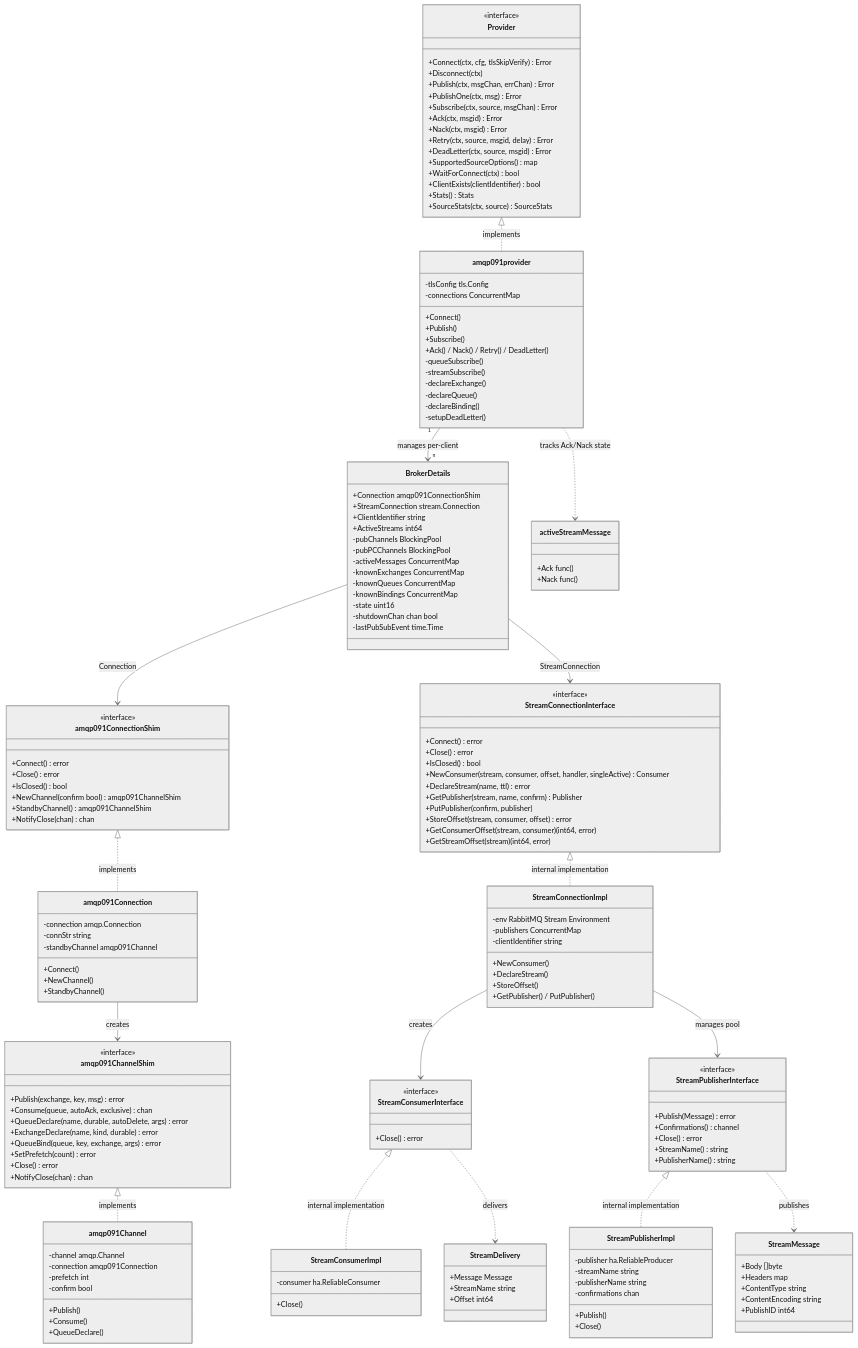
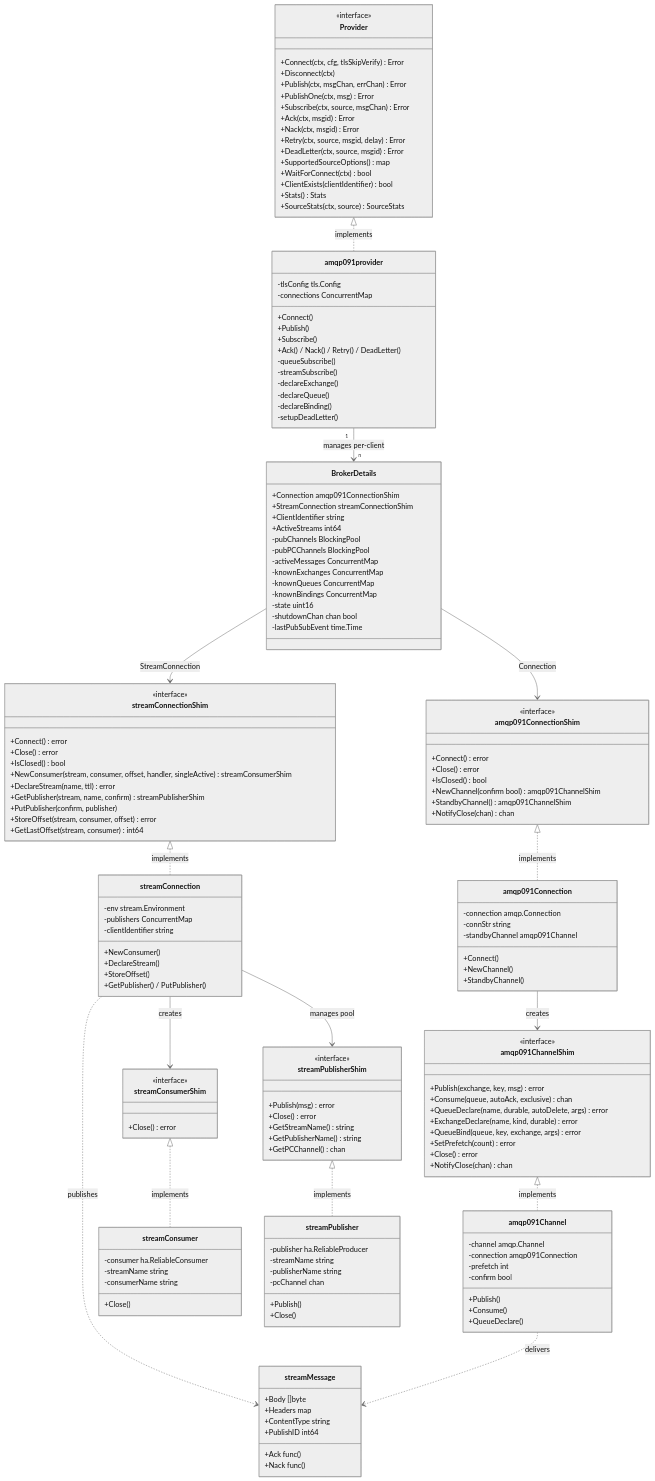
Before and after one commit to sassoftware/arke: the seventh of 7 diagrams in doc/design/architecture-c4.md, drawn with Mermaid (neutral theme). The commit also changed other lines of this file and 1 other file, not shown here.

Commit message:
docs: revert stream architecture docs

````diff
--- a/doc/design/architecture-c4.md
+++ b/doc/design/architecture-c4.md
@@ -337,7 +336,7 @@
 
     class BrokerDetails {
         +Connection amqp091ConnectionShim
-        +StreamConnection stream.Connection
+        +StreamConnection streamConnectionShim
         +ClientIdentifier string
         +ActiveStreams int64
         -pubChannels BlockingPool
@@ -392,22 +391,21 @@
         +QueueDeclare()
     }
 
-    class StreamConnectionInterface {
+    class streamConnectionShim {
         <<interface>>
         +Connect() error
         +Close() error
         +IsClosed() bool
-        +NewConsumer(stream, consumer, offset, handler, singleActive) Consumer
+        +NewConsumer(stream, consumer, offset, handler, singleActive) streamConsumerShim
         +DeclareStream(name, ttl) error
-        +GetPublisher(stream, name, confirm) Publisher
+        +GetPublisher(stream, name, confirm) streamPublisherShim
         +PutPublisher(confirm, publisher)
         +StoreOffset(stream, consumer, offset) error
-        +GetConsumerOffset(stream, consumer) (int64, error)
-        +GetStreamOffset(stream) (int64, error)
+        +GetLastOffset(stream, consumer) int64
     }
 
-    class StreamConnectionImpl {
-        -env RabbitMQ Stream Environment
+    class streamConnection {
+        -env stream.Environment
         -publishers ConcurrentMap
         -clientIdentifier string
         +NewConsumer()
@@ -416,69 +414,61 @@
         +GetPublisher() / PutPublisher()
     }
 
-    class StreamConsumerInterface {
+    class streamConsumerShim {
         <<interface>>
         +Close() error
     }
 
-    class StreamConsumerImpl {
+    class streamConsumer {
         -consumer ha.ReliableConsumer
+        -streamName string
+        -consumerName string
         +Close()
     }
 
-    class StreamPublisherInterface {
+    class streamPublisherShim {
         <<interface>>
-        +Publish(Message) error
-        +Confirmations() channel
+        +Publish(msg) error
         +Close() error
-        +StreamName() string
-        +PublisherName() string
+        +GetStreamName() string
+        +GetPublisherName() string
+        +GetPCChannel() chan
     }
 
-    class StreamPublisherImpl {
+    class streamPublisher {
         -publisher ha.ReliableProducer
         -streamName string
         -publisherName string
-        -confirmations chan
+        -pcChannel chan
         +Publish()
         +Close()
     }
 
-    class StreamMessage {
+    class streamMessage {
         +Body []byte
         +Headers map
         +ContentType string
-        +ContentEncoding string
-        +PublishID int64
-    }
-
-    class StreamDelivery {
-        +Message Message
-        +StreamName string
-        +Offset int64
-    }
-
-    class activeStreamMessage {
         +Ack func()
         +Nack func()
+        +PublishID int64
     }
 
     Provider <|.. amqp091provider : implements
     amqp091provider "1" --> "n" BrokerDetails : manages per-client
 
     BrokerDetails --> amqp091ConnectionShim : Connection
-    BrokerDetails --> StreamConnectionInterface : StreamConnection
+    BrokerDetails --> streamConnectionShim : StreamConnection
 
     amqp091ConnectionShim <|.. amqp091Connection : implements
     amqp091Connection --> amqp091ChannelShim : creates
     amqp091ChannelShim <|.. amqp091Channel : implements
 
-    StreamConnectionInterface <|.. StreamConnectionImpl : internal implementation
-    StreamConnectionImpl --> StreamConsumerInterface : creates
-    StreamConnectionImpl --> StreamPublisherInterface : manages pool
-    StreamConsumerInterface <|.. StreamConsumerImpl : internal implementation
-    StreamPublisherInterface <|.. StreamPublisherImpl : internal implementation
-    StreamPublisherInterface ..> StreamMessage : publishes
-    StreamConsumerInterface ..> StreamDelivery : delivers
-    amqp091provider ..> activeStreamMessage : tracks Ack/Nack state
+    streamConnectionShim <|.. streamConnection : implements
+    streamConnection --> streamConsumerShim : creates
+    streamConnection --> streamPublisherShim : manages pool
+    streamConsumerShim <|.. streamConsumer : implements
+    streamPublisherShim <|.. streamPublisher : implements
+
+    streamConnection ..> streamMessage : publishes
+    amqp091Channel ..> streamMessage : delivers
 ```
````
